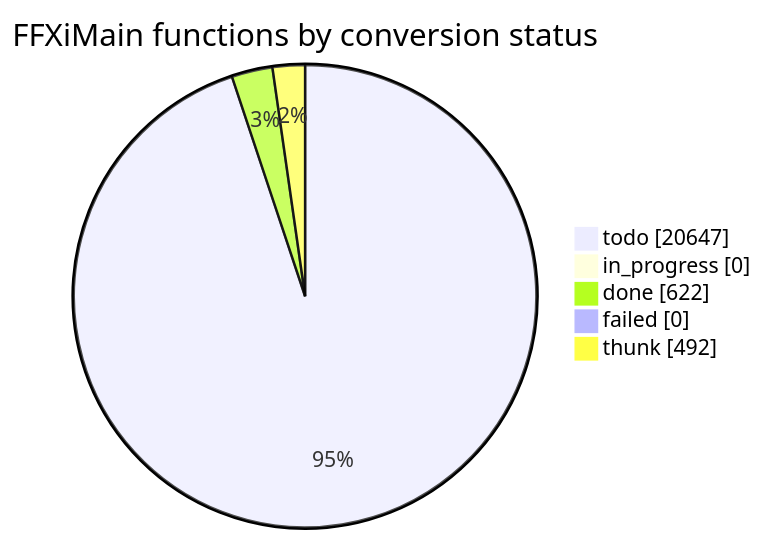
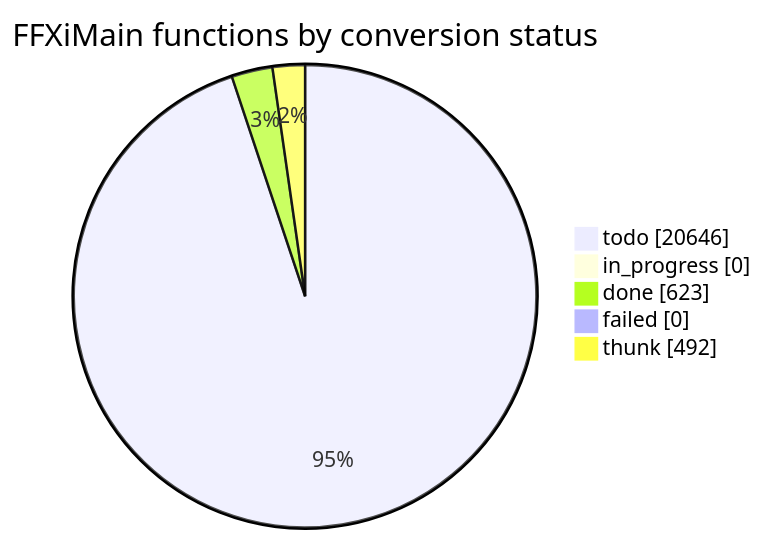
The diagram in docs/cow/STATUS.md (cowrevenge/cow_kuluu_xi_anything), drawn with Mermaid before and after one commit. The commit also changed other lines of this file and 9 other files, not shown here.

````diff
--- a/docs/cow/STATUS.md
+++ b/docs/cow/STATUS.md
@@ -18,9 +18,9 @@
 ```mermaid
 pie showData
     title FFXiMain functions by conversion status
-    "todo" : 20647
+    "todo" : 20646
     "in_progress" : 0
-    "done" : 622
+    "done" : 623
     "failed" : 0
     "thunk" : 492
 ```
````
